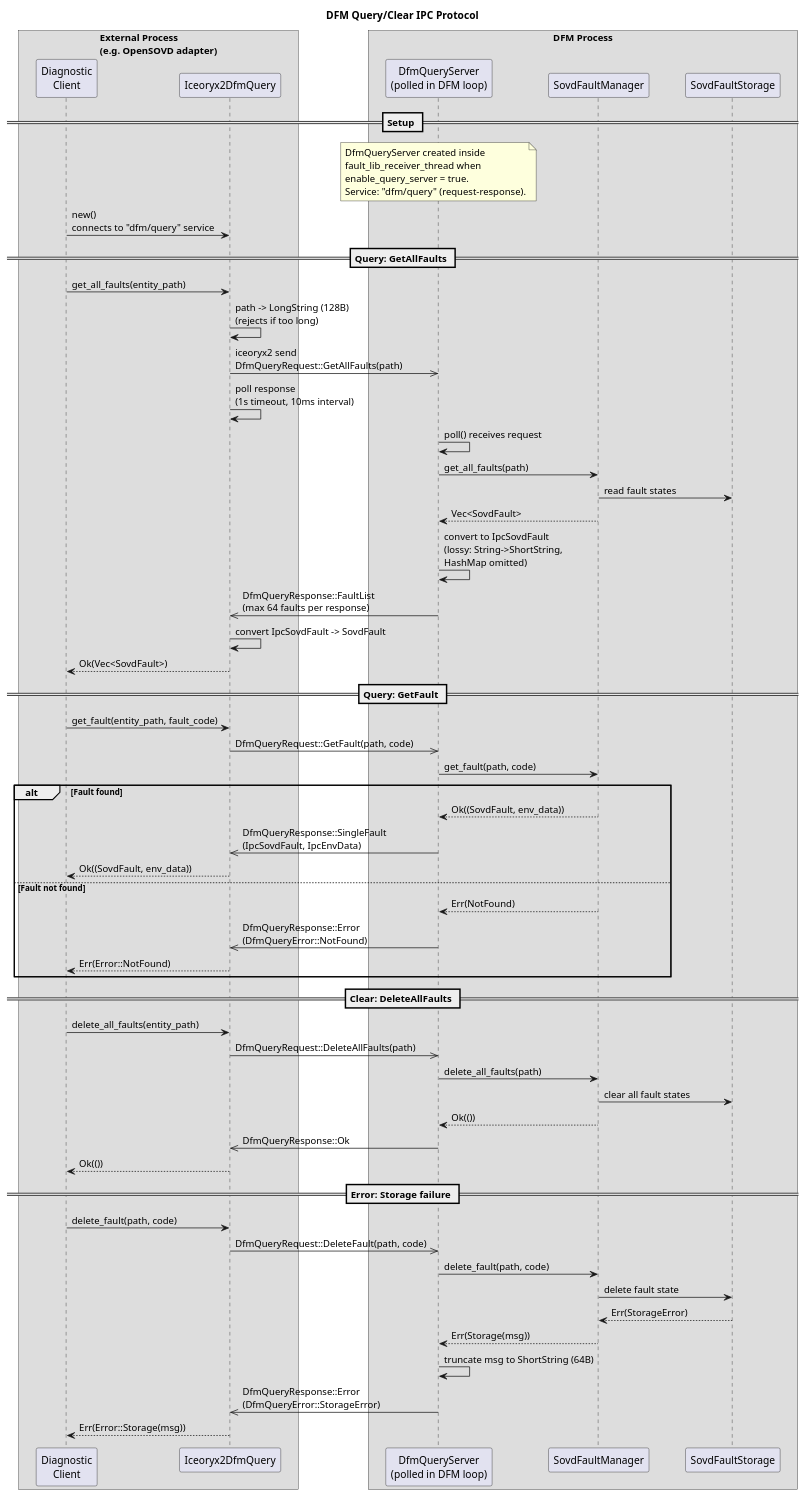
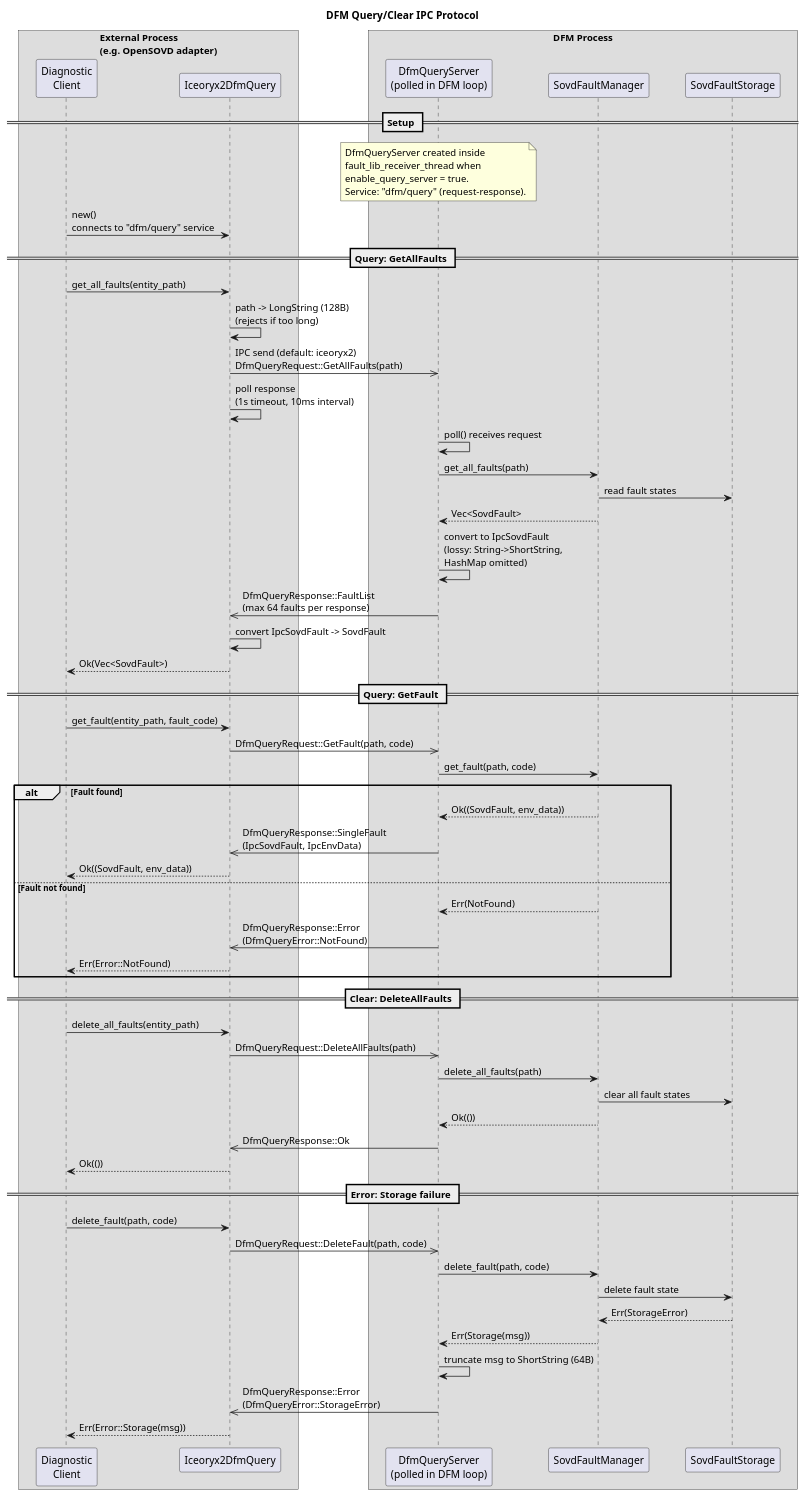
One commit to eclipse-opensovd/fault-lib changed the diagram in docs/puml/query_clear.puml. Above: the diagram before and after it, drawn with PlantUML. The commit also changed other lines of this file and 98 other files, not shown here.

```diff
--- a/docs/puml/query_clear.puml
+++ b/docs/puml/query_clear.puml
@@ -1,83 +11,83 @@
 @startuml
 title DFM Query/Clear IPC Protocol
 skinparam ParticipantPadding 20
 
 box "External Process\n(e.g. OpenSOVD adapter)"
 participant "Diagnostic\nClient" as Client
 participant Iceoryx2DfmQuery
 end box
 box "DFM Process"
 participant "DfmQueryServer\n(polled in DFM loop)" as Server
 participant SovdFaultManager
 participant SovdFaultStorage
 end box
 
 == Setup ==
 
 note over Server
     DfmQueryServer created inside
     fault_lib_receiver_thread when
     enable_query_server = true.
     Service: "dfm/query" (request-response).
 end note
 
 Client -> Iceoryx2DfmQuery : new()\nconnects to "dfm/query" service
 
 == Query: GetAllFaults ==
 
 Client -> Iceoryx2DfmQuery : get_all_faults(entity_path)
 Iceoryx2DfmQuery -> Iceoryx2DfmQuery : path -> LongString (128B)\n(rejects if too long)
-Iceoryx2DfmQuery ->> Server : iceoryx2 send\nDfmQueryRequest::GetAllFaults(path)
+Iceoryx2DfmQuery ->> Server : IPC send (default: iceoryx2)\nDfmQueryRequest::GetAllFaults(path)
 Iceoryx2DfmQuery -> Iceoryx2DfmQuery : poll response\n(1s timeout, 10ms interval)
 
 Server -> Server : poll() receives request
 Server -> SovdFaultManager : get_all_faults(path)
 SovdFaultManager -> SovdFaultStorage : read fault states
 SovdFaultManager --> Server : Vec<SovdFault>
 Server -> Server : convert to IpcSovdFault\n(lossy: String->ShortString,\nHashMap omitted)
 Server ->> Iceoryx2DfmQuery : DfmQueryResponse::FaultList\n(max 64 faults per response)
 
 Iceoryx2DfmQuery -> Iceoryx2DfmQuery : convert IpcSovdFault -> SovdFault
 Client <-- Iceoryx2DfmQuery : Ok(Vec<SovdFault>)
 
 == Query: GetFault ==
 
 Client -> Iceoryx2DfmQuery : get_fault(entity_path, fault_code)
 Iceoryx2DfmQuery ->> Server : DfmQueryRequest::GetFault(path, code)
 
 Server -> SovdFaultManager : get_fault(path, code)
 
 alt Fault found
     SovdFaultManager --> Server : Ok((SovdFault, env_data))
     Server ->> Iceoryx2DfmQuery : DfmQueryResponse::SingleFault\n(IpcSovdFault, IpcEnvData)
     Client <-- Iceoryx2DfmQuery : Ok((SovdFault, env_data))
 else Fault not found
     SovdFaultManager --> Server : Err(NotFound)
     Server ->> Iceoryx2DfmQuery : DfmQueryResponse::Error\n(DfmQueryError::NotFound)
     Client <-- Iceoryx2DfmQuery : Err(Error::NotFound)
 end
 
 == Clear: DeleteAllFaults ==
 
 Client -> Iceoryx2DfmQuery : delete_all_faults(entity_path)
 Iceoryx2DfmQuery ->> Server : DfmQueryRequest::DeleteAllFaults(path)
 
 Server -> SovdFaultManager : delete_all_faults(path)
 SovdFaultManager -> SovdFaultStorage : clear all fault states
 SovdFaultManager --> Server : Ok(())
 Server ->> Iceoryx2DfmQuery : DfmQueryResponse::Ok
 Client <-- Iceoryx2DfmQuery : Ok(())
 
 == Error: Storage failure ==
 
 Client -> Iceoryx2DfmQuery : delete_fault(path, code)
 Iceoryx2DfmQuery ->> Server : DfmQueryRequest::DeleteFault(path, code)
 Server -> SovdFaultManager : delete_fault(path, code)
 SovdFaultManager -> SovdFaultStorage : delete fault state
 SovdFaultStorage --> SovdFaultManager : Err(StorageError)
 SovdFaultManager --> Server : Err(Storage(msg))
 Server -> Server : truncate msg to ShortString (64B)
 Server ->> Iceoryx2DfmQuery : DfmQueryResponse::Error\n(DfmQueryError::StorageError)
 Client <-- Iceoryx2DfmQuery : Err(Error::Storage(msg))
 
 @enduml
```
